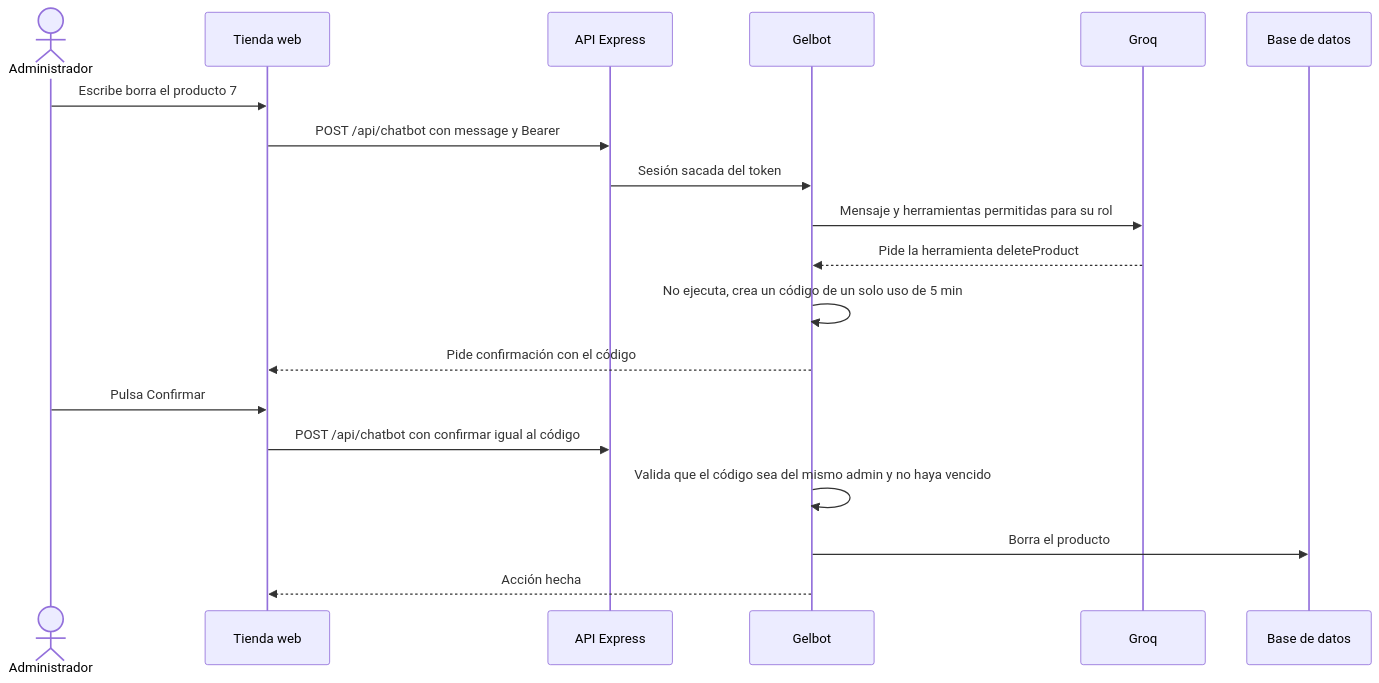
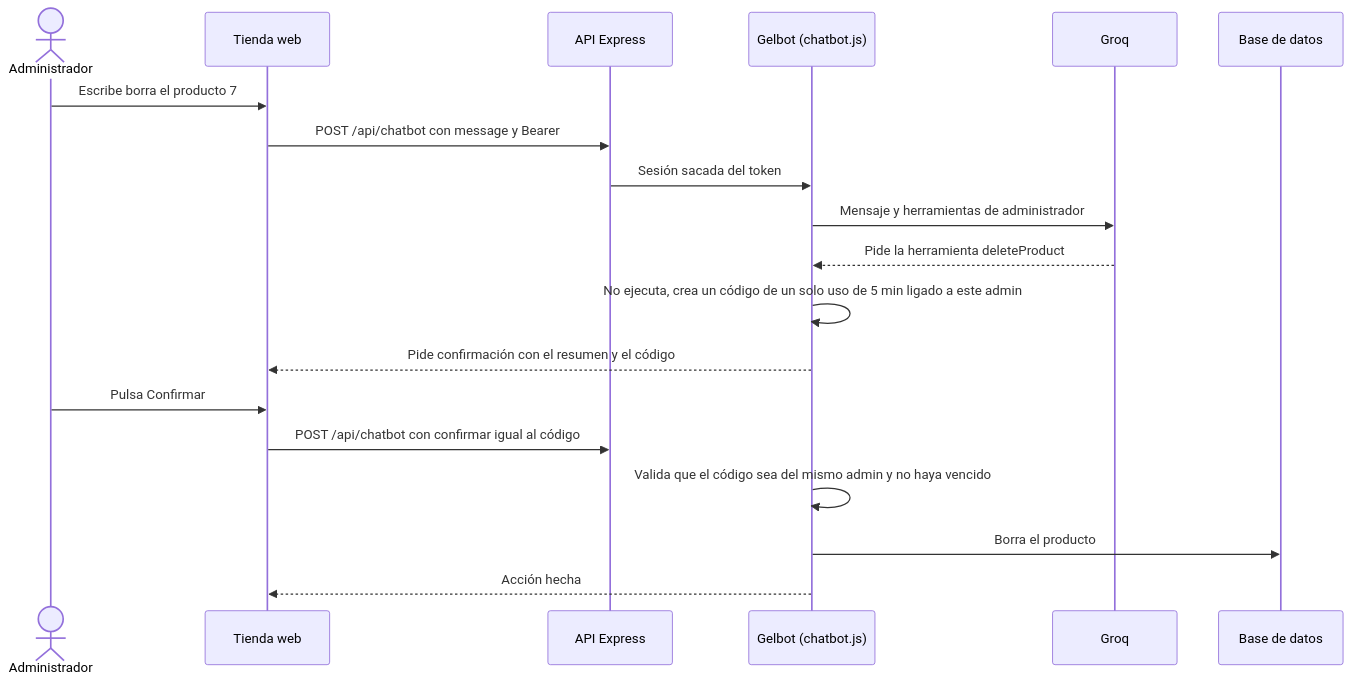
Before and after one commit to cristian-0023/SUPER-GELATTO: the eighth of 12 diagrams in docs/arquitectura/08-flujos.md, drawn with Mermaid. The commit also changed other lines of this file and 9 other files, not shown here.

````diff
--- a/docs/arquitectura/08-flujos.md
+++ b/docs/arquitectura/08-flujos.md
@@ -176,21 +198,21 @@
 ```mermaid
 sequenceDiagram
   actor A as Administrador
   participant W as Tienda web
   participant API as API Express
-  participant GB as Gelbot
+  participant GB as Gelbot (chatbot.js)
   participant Q as Groq
   participant DB as Base de datos
   A->>W: Escribe borra el producto 7
   W->>API: POST /api/chatbot con message y Bearer
   API->>GB: Sesión sacada del token
-  GB->>Q: Mensaje y herramientas permitidas para su rol
+  GB->>Q: Mensaje y herramientas de administrador
   Q-->>GB: Pide la herramienta deleteProduct
-  GB->>GB: No ejecuta, crea un código de un solo uso de 5 min
-  GB-->>W: Pide confirmación con el código
+  GB->>GB: No ejecuta, crea un código de un solo uso de 5 min ligado a este admin
+  GB-->>W: Pide confirmación con el resumen y el código
   A->>W: Pulsa Confirmar
   W->>API: POST /api/chatbot con confirmar igual al código
   GB->>GB: Valida que el código sea del mismo admin y no haya vencido
   GB->>DB: Borra el producto
   GB-->>W: Acción hecha
 ```
````
